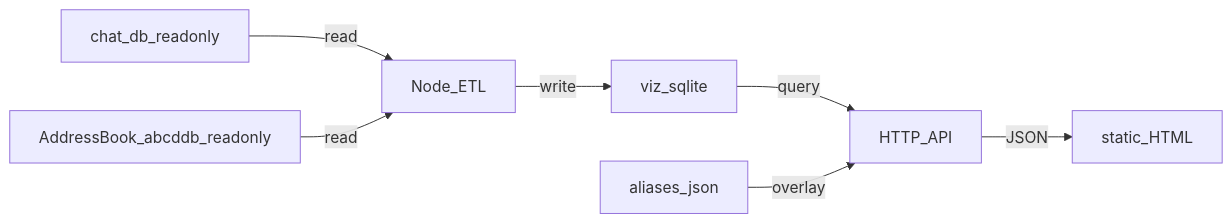
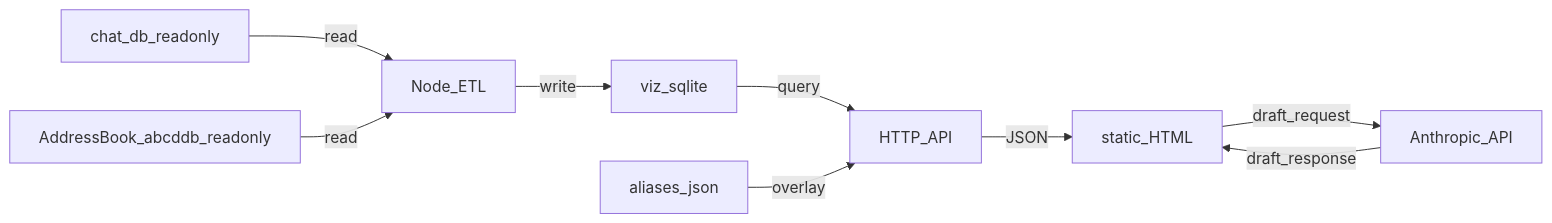
Before and after one commit to John-denvertechservice/MessageVisualizer: the diagram in README.md, drawn with Mermaid. The commit also changed other lines of this file and 6 other files, not shown here.

````diff
--- a/README.md
+++ b/README.md
@@ -16,16 +29,19 @@
 ```mermaid
 flowchart LR
   chat_db[chat_db_readonly]
   address_book[AddressBook_abcddb_readonly]
   etl[Node_ETL]
   viz_db[viz_sqlite]
   aliases[aliases_json]
   api[HTTP_API]
   ui[static_HTML]
+  anthropic[Anthropic_API]
   chat_db -->|read| etl
   address_book -->|read| etl
   etl -->|write| viz_db
   viz_db -->|query| api
   aliases -->|overlay| api
   api -->|JSON| ui
+  ui -->|draft_request| anthropic
+  anthropic -->|draft_response| ui
 ```
````
